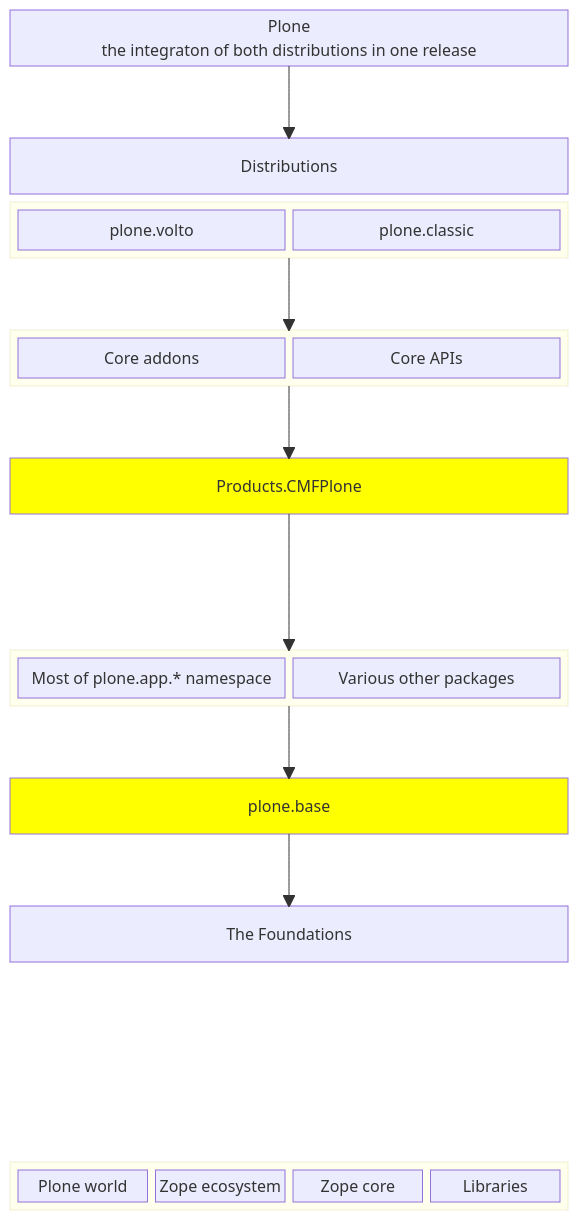
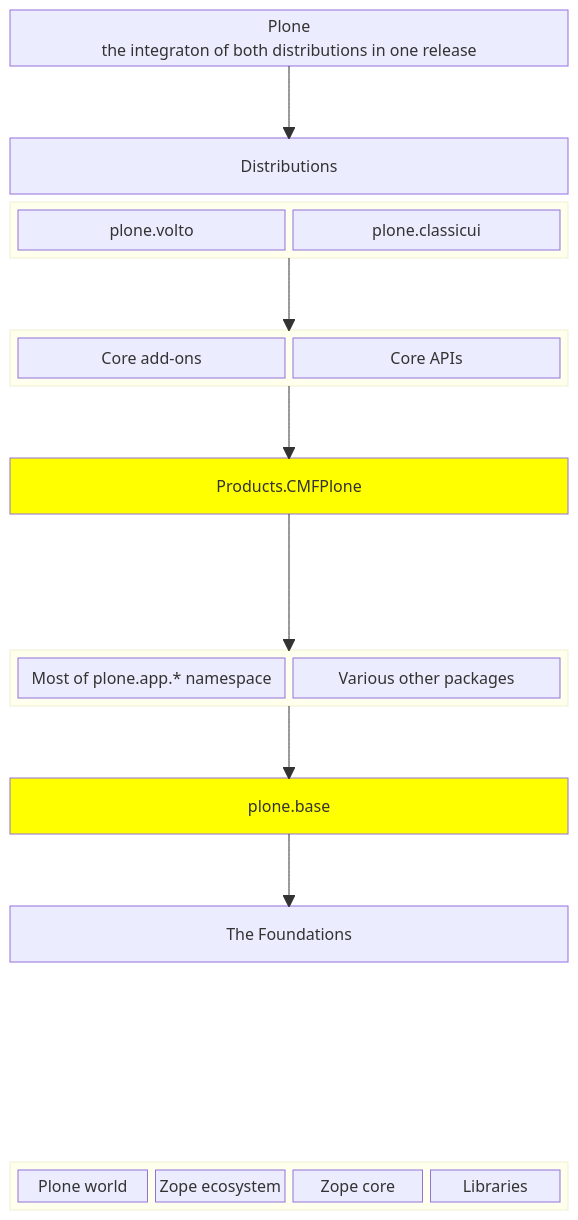
Before and after one commit to plone/documentation: the diagram in docs/contributing/core/package-dependencies.md, drawn with Mermaid. The commit also changed other lines of this file, not shown here.

````diff
--- a/docs/contributing/core/package-dependencies.md
+++ b/docs/contributing/core/package-dependencies.md
@@ -39,49 +41,49 @@
 ```{mermaid}
 block-beta
     columns 1
 
     Plone["Plone <br/>the integraton of both distributions in one release"]
     space
     Distributions
     block:dist
         plone.volto
-        plone.classic
+        plone.classicui
     end
     space
     block:core
-        coreaddons["Core addons"]
+        coreaddons["Core add-ons"]
         coreapi["Core APIs"]
     end
     space
     cmfplone["Products.CMFPlone"]
 
     space:2
 
     block:layer
         ploneapp["Most of plone.app.* namespace"]
         otherlay["Various other packages"]
     end
 
 space
 
     plonebase["plone.base"]
     space
     foundations["The Foundations"]
     space:3
         block:foundationcomponents
            ploneworld["Plone world"]
            zopeeco["Zope ecosystem"]
            zopecore["Zope core"]
            libraries["Libraries"]
     end
     Plone --> Distributions
     dist --> core
     cmfplone --> layer
     core --> cmfplone
     layer --> plonebase
     plonebase --> foundations
 
     style cmfplone fill:#ff0
     style plonebase fill:#ff0
 
 ```
````
